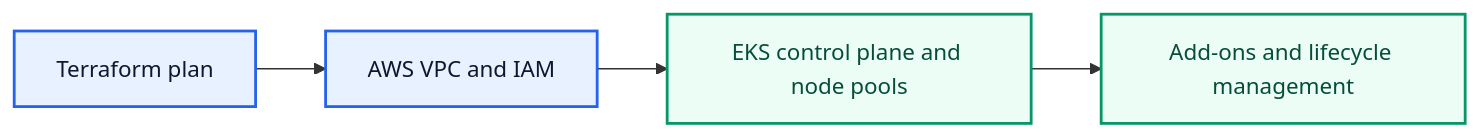
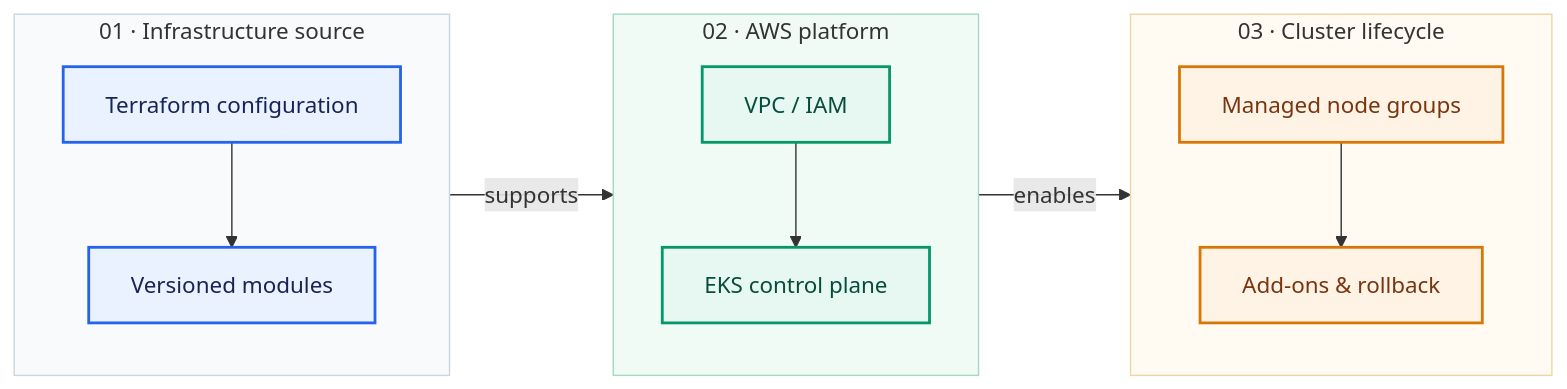
The diagram in book/02-infrastructure/diagram.mmd (platform-engineering-labz/platform-engineering), drawn with Mermaid before and after one commit. The commit also changed 3 other files, not shown here.

Commit message:
docs: restructure handbook, foundations and infrastructure overview diagrams

```diff
--- a/book/02-infrastructure/diagram.mmd
+++ b/book/02-infrastructure/diagram.mmd
@@ -1,12 +1,24 @@
 flowchart LR
-  N0["Terraform plan"]
-  N1["AWS VPC and IAM"]
-  N0 --> N1
-  N2["EKS control plane and node pools"]
-  N1 --> N2
-  N3["Add-ons and lifecycle management"]
-  N2 --> N3
-  classDef core fill:#E8F1FF,stroke:#2563EB,stroke-width:2px,color:#0F172A
-  classDef stage fill:#ECFDF5,stroke:#059669,stroke-width:2px,color:#064E3B
-  class N0,N1 core
-  class N2,N3 stage
+ subgraph S1["01 · Infrastructure source"]
+  direction TB
+  A["Terraform configuration"] --> B["Versioned modules"]
+ end
+ subgraph S2["02 · AWS platform"]
+  direction TB
+  C["VPC / IAM"] --> D["EKS control plane"]
+ end
+ subgraph S3["03 · Cluster lifecycle"]
+  direction TB
+  E["Managed node groups"] --> F["Add-ons & rollback"]
+ end
+ B -->|"supports"| C
+ D -->|"enables"| E
+ classDef blue fill:#EAF2FF,stroke:#2563EB,stroke-width:2px,color:#172554
+ classDef teal fill:#E7F7F1,stroke:#059669,stroke-width:2px,color:#064E3B
+ classDef amber fill:#FFF3E5,stroke:#D97706,stroke-width:2px,color:#78350F
+ class A,B blue
+ class C,D teal
+ class E,F amber
+ style S1 fill:#F8FAFC,stroke:#CBD5E1
+ style S2 fill:#F0FBF6,stroke:#A3D9C0
+ style S3 fill:#FFFAF2,stroke:#F0D4A2
```
